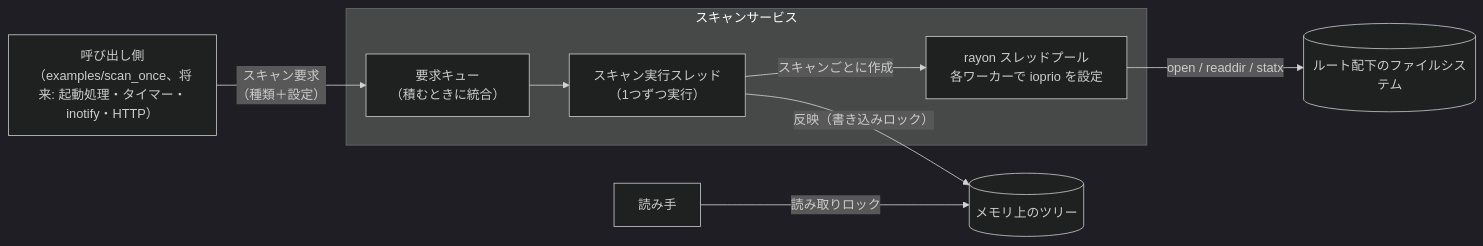
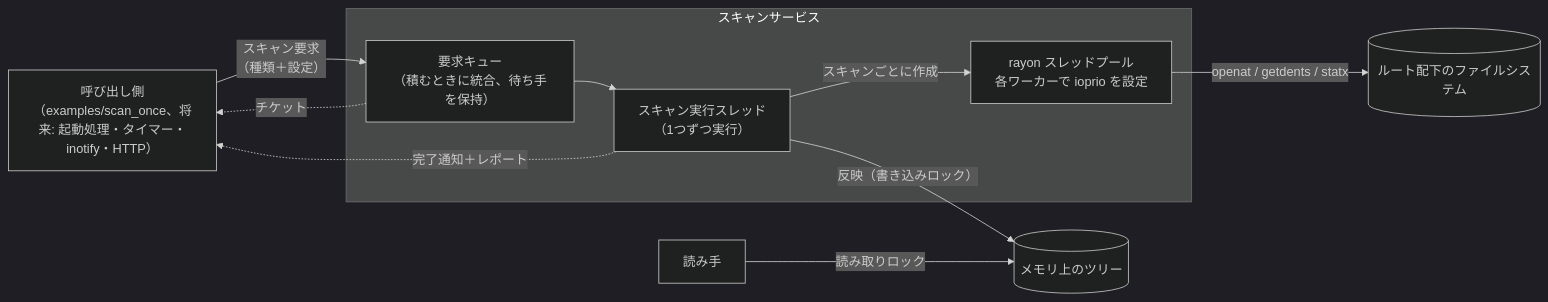
One commit to yumetodo/suminoe_file_server changed the first of 3 diagrams in doc/design/20261101_dir_scan_design.md. Above: the diagram before and after it, drawn with Mermaid (dark theme). The commit also changed other lines of this file, not shown here.

````diff
--- a/doc/design/20261101_dir_scan_design.md
+++ b/doc/design/20261101_dir_scan_design.md
@@ -74,11 +79,13 @@
 ```mermaid
 flowchart LR
     caller["呼び出し側<br>（examples/scan_once、将来: 起動処理・タイマー・inotify・HTTP）"] -->|スキャン要求<br>（種類＋設定）| q
+    q -.->|チケット| caller
     subgraph svc["スキャンサービス"]
-        q["要求キュー<br>（積むときに統合）"] --> runner["スキャン実行スレッド<br>（1つずつ実行）"]
+        q["要求キュー<br>（積むときに統合、待ち手を保持）"] --> runner["スキャン実行スレッド<br>（1つずつ実行）"]
         runner -->|スキャンごとに作成| pool["rayon スレッドプール<br>各ワーカーで ioprio を設定"]
     end
-    pool -->|open / readdir / statx| fs[("ルート配下のファイルシステム")]
+    pool -->|openat / getdents / statx| fs[("ルート配下のファイルシステム")]
     runner -->|反映（書き込みロック）| tree[("メモリ上のツリー")]
+    runner -.->|完了通知＋レポート| caller
     readers["読み手"] -->|読み取りロック| tree
 ```
````
